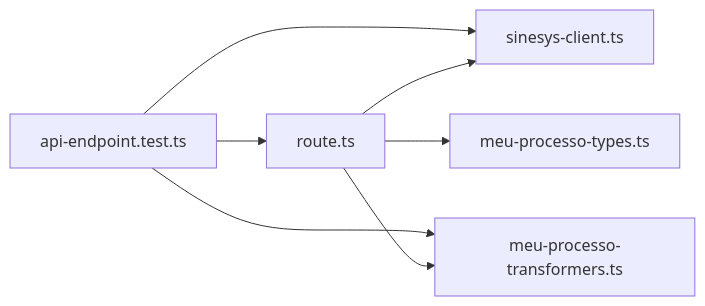
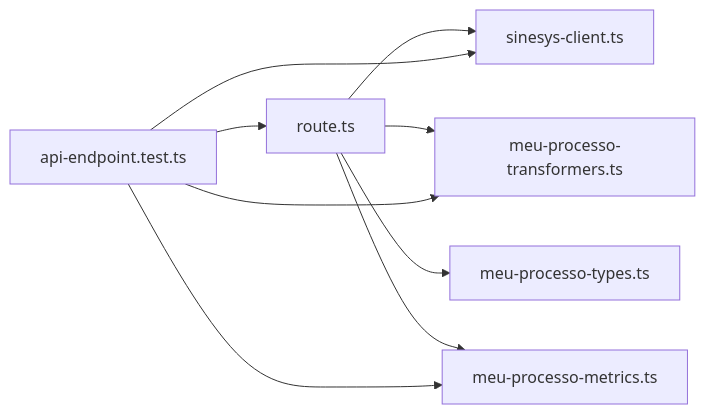
One commit to SinesysTech/zattar-os changed the fourth of 4 diagrams in .qoder/repowiki/en/content/API Reference/Data Capture Endpoints/Meu Processo Consulta Endpoint.md. Above: the diagram before and after it, drawn with Mermaid. The commit also changed other lines of this file and 21 other files, not shown here.

First line of the commit message:
chore: Refactor Meu Processo API, cleanup legacy code, and update dashboard UI responsiveness

````diff
--- a/.qoder/repowiki/en/content/API Reference/Data Capture Endpoints/Meu Processo Consulta Endpoint.md
+++ b/.qoder/repowiki/en/content/API Reference/Data Capture Endpoints/Meu Processo Consulta Endpoint.md
@@ -224,9 +296,11 @@
 ```mermaid
 graph LR
 ROUTE["route.ts"] --> CLIENT["sinesys-client.ts"]
 ROUTE --> TRANS["meu-processo-transformers.ts"]
 ROUTE --> TYPES["meu-processo-types.ts"]
+ROUTE --> METRICS["meu-processo-metrics.ts"]
 TESTS["api-endpoint.test.ts"] --> ROUTE
 TESTS --> CLIENT
 TESTS --> TRANS
+TESTS --> METRICS
 ```
````
